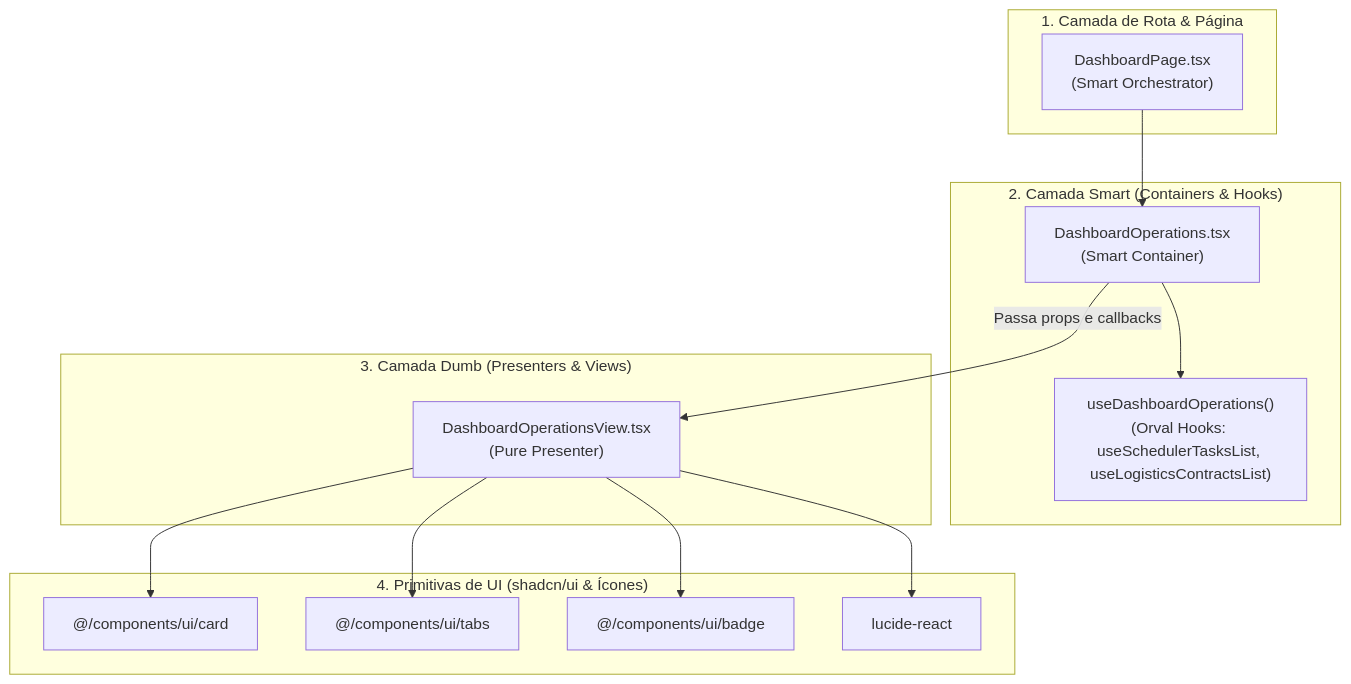
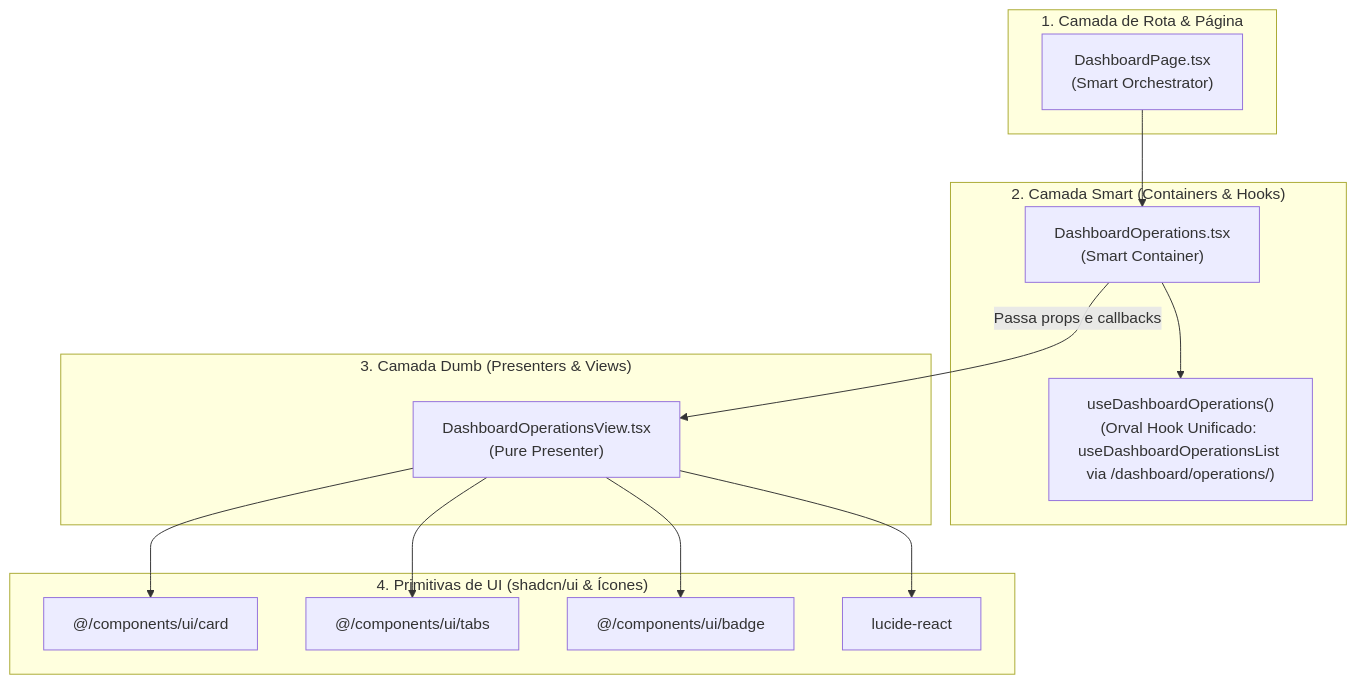
The diagram in docs/architecture/concepts/smart-dumb-components.md (Rafaelp122/wedding_management), drawn with Mermaid before and after one commit. The commit also changed other lines of this file and 40 other files, not shown here.

````diff
--- a/docs/architecture/concepts/smart-dumb-components.md
+++ b/docs/architecture/concepts/smart-dumb-components.md
@@ -33,30 +33,30 @@
 ```mermaid
 graph TD
     subgraph ROUTE["1. Camada de Rota & Página"]
         Page["DashboardPage.tsx<br/>(Smart Orchestrator)"]
     end
 
     subgraph CONTAINER["2. Camada Smart (Containers & Hooks)"]
-        Hook["useDashboardOperations()<br/>(Orval Hooks: useSchedulerTasksList, useLogisticsContractsList)"]
+        Hook["useDashboardOperations()<br/>(Orval Hook Unificado: useDashboardOperationsList via /dashboard/operations/)"]
         SmartComp["DashboardOperations.tsx<br/>(Smart Container)"]
     end
 
     subgraph PRESENTER["3. Camada Dumb (Presenters & Views)"]
         DumbView["DashboardOperationsView.tsx<br/>(Pure Presenter)"]
     end
 
     subgraph ATOMS["4. Primitivas de UI (shadcn/ui & Ícones)"]
         Card["@/components/ui/card"]
         Tabs["@/components/ui/tabs"]
         Badge["@/components/ui/badge"]
         Icons["lucide-react"]
     end
 
     Page --> SmartComp
     SmartComp --> Hook
     SmartComp -->|Passa props e callbacks| DumbView
     DumbView --> Card
     DumbView --> Tabs
     DumbView --> Badge
     DumbView --> Icons
 ```
````
